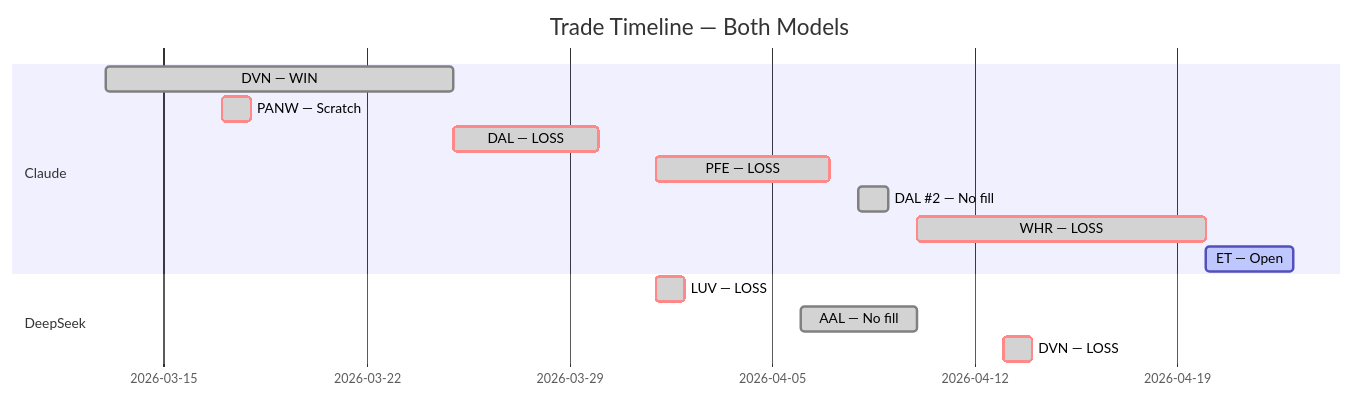
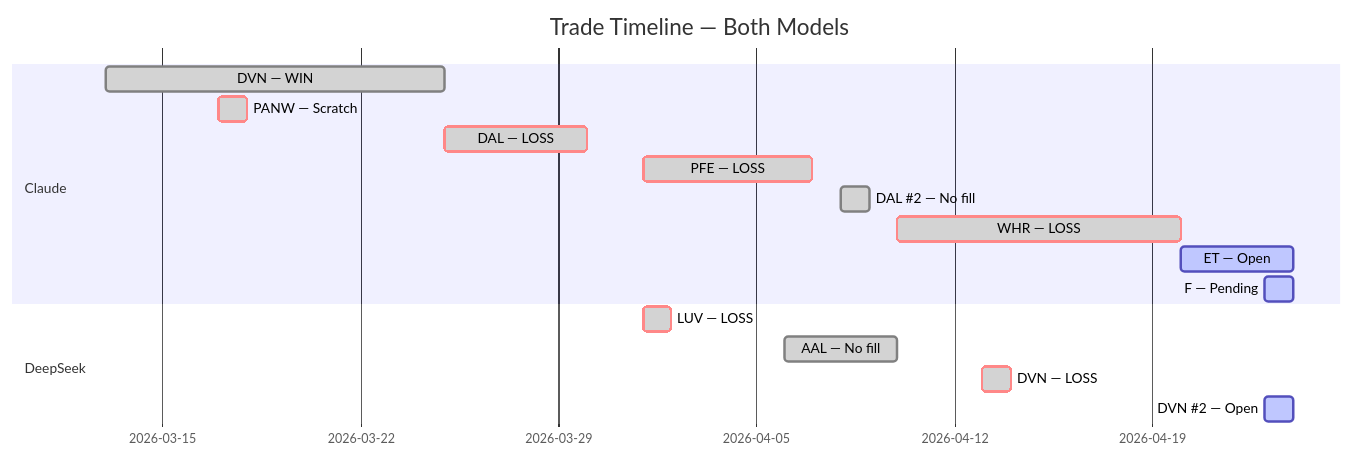
Before and after one commit to zachisit/ai-auto-buy-thesis: the fifth of 5 diagrams in README.md, drawn with Mermaid. The commit also changed other lines of this file and 2 other files, not shown here.

Commit message:
Add 04-23 sessions; update README with ET day 4 Churning/stop tighten, F buy stop placed, DeepSeek DVN-002 entry

````diff
--- a/README.md
+++ b/README.md
@@ -62,17 +62,19 @@
 ```mermaid
 gantt
     title Trade Timeline — Both Models
     dateFormat YYYY-MM-DD
     section Claude
     DVN — WIN            :done,    2026-03-13, 2026-03-25
     PANW — Scratch       :crit, done, 2026-03-17, 2026-03-18
     DAL — LOSS           :crit, done, 2026-03-25, 2026-03-30
     PFE — LOSS           :crit, done, 2026-04-01, 2026-04-07
     DAL #2 — No fill     :done,    2026-04-08, 2026-04-09
     WHR — LOSS           :crit, done, 2026-04-10, 2026-04-20
-    ET — Open            :active,  2026-04-20, 2026-04-23
+    ET — Open            :active,  2026-04-20, 2026-04-24
+    F — Pending          :active,  2026-04-23, 2026-04-24
     section DeepSeek
     LUV — LOSS           :crit, done, 2026-04-01, 2026-04-02
     AAL — No fill        :done,    2026-04-06, 2026-04-10
     DVN — LOSS           :crit, done, 2026-04-13, 2026-04-14
+    DVN #2 — Open        :active,  2026-04-23, 2026-04-24
 ```
````
